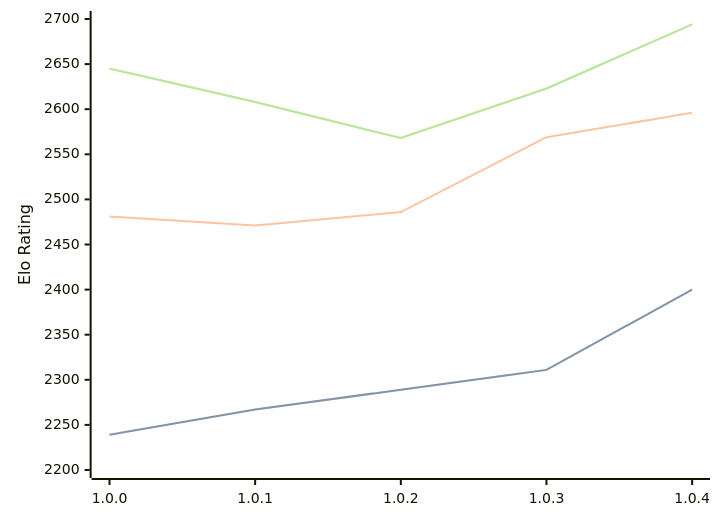
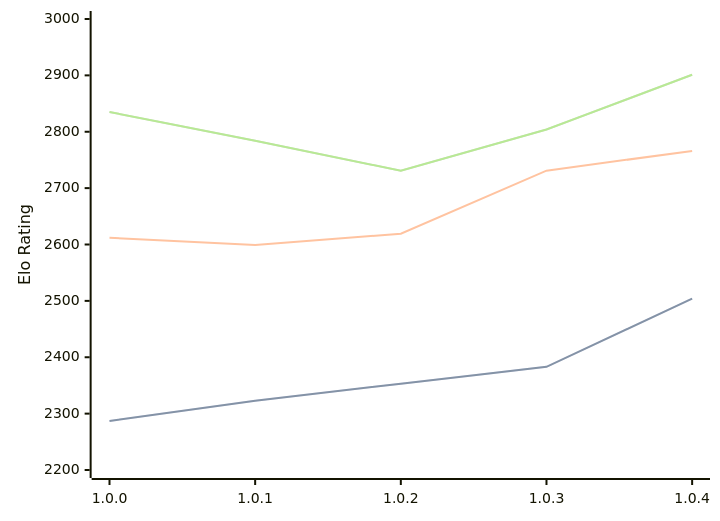
The diagram in engines/Grail.md (computer-chess-index/cci), drawn with Mermaid before and after one commit. The commit also changed other lines of this file, not shown here.

Commit message:
Update CCI Ratings (ELO VLTC) - 2026-02-24

````diff
--- a/engines/Grail.md
+++ b/engines/Grail.md
@@ -32,11 +33,11 @@
 ```mermaid
 %%{init: {"theme":"base","themeVariables":{"seriesColors:['#a3a3a3','#222221','#faa371']}}}%%
 xychart-beta
   x-axis ["1.0.0", "1.0.1", "1.0.2", "1.0.3", "1.0.4"]
-  y-axis "Elo Rating" 2200 --> 2700
-  line "STC (8.0+0.08s)" [2239, 2267, 2289, 2311, 2400]
-  line "STC (8.0+0.08s)" [2239, 2267, 2289, 2311, 2400]
-  line "LTC (60.0+0.60s)" [2481, 2471, 2486, 2569, 2596]
-  line "VLTC (2m24s+1.12s)" [2645, 2608, 2568, 2623, 2694]
-  line "VLTC (2m24s+1.12s)" [2645, 2608, 2568, 2623, 2694]
+  y-axis "Elo Rating" 2200 --> 3000
+  line "STC (8.0+0.08s)" [2287, 2323, 2353, 2383, 2504]
+  line "STC (8.0+0.08s)" [2287, 2323, 2353, 2383, 2504]
+  line "LTC (60.0+0.60s)" [2612, 2599, 2619, 2731, 2766]
+  line "VLTC (2m24s+1.12s)" [2835, 2784, 2731, 2804, 2901]
+  line "VLTC (2m24s+1.12s)" [2835, 2784, 2731, 2804, 2901]
 ```
````
